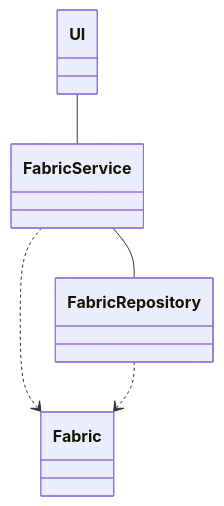
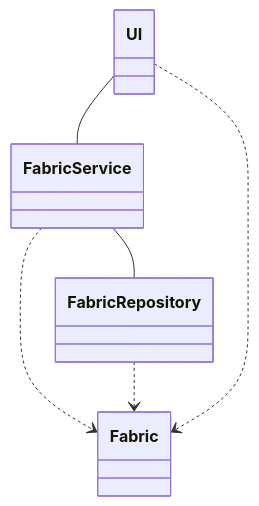
The first of 4 diagrams in fabric-stash/dokumentaatio/arkkitehtuuri.md (taru-s/ot-harjoitustyo), drawn with Mermaid before and after one commit. The commit also changed other lines of this file, not shown here.

````diff
--- a/fabric-stash/dokumentaatio/arkkitehtuuri.md
+++ b/fabric-stash/dokumentaatio/arkkitehtuuri.md
@@ -3,16 +16,18 @@
 ```mermaid
  classDiagram
       UI -- FabricService
-      FabricService -- FabricRepository
       FabricService ..> Fabric
       FabricRepository ..> Fabric
+      FabricService -- FabricRepository
+      UI ..> Fabric
+      
       
       class UI{
       }
       class FabricService{
       }
       class FabricRepository{
       }
       class Fabric{
       }
 ```
````
